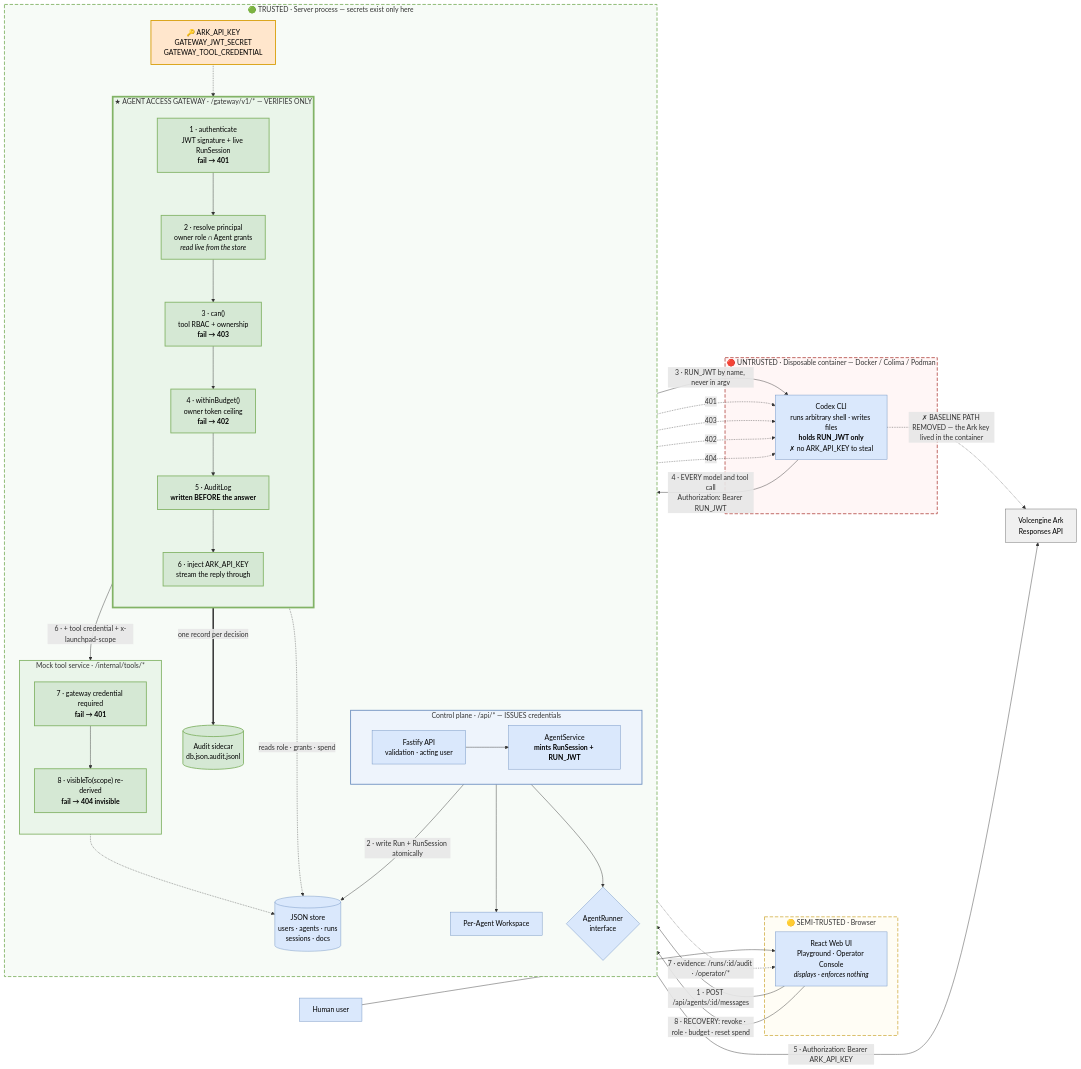
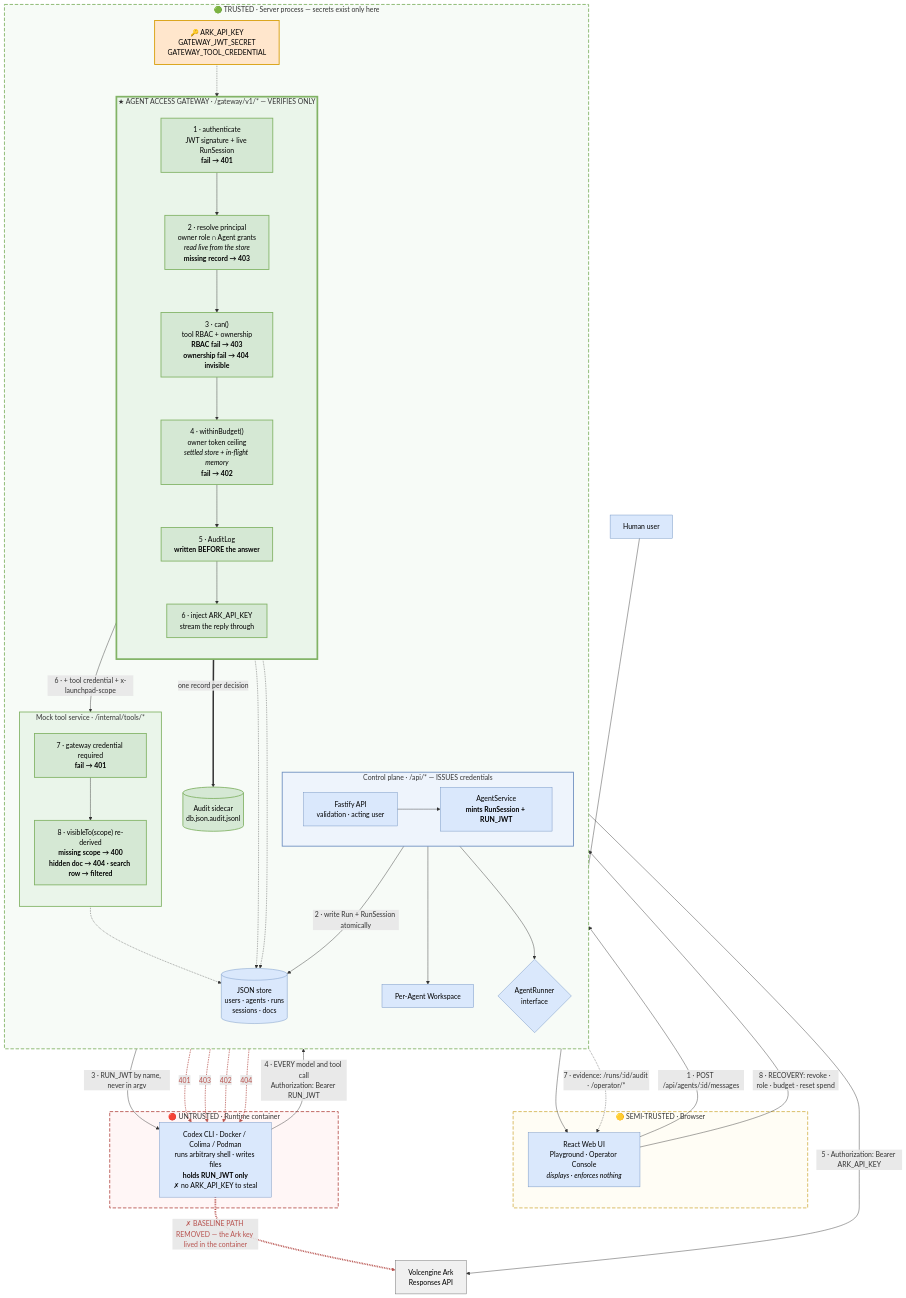
One commit to justinwong2/CodeJam changed the diagram in docs/ARCHITECTURE_DIAGRAM.md. Above: the diagram before and after it, drawn with Mermaid.

Commit message:
docs: fix architecture diagram rendering

````diff
--- a/docs/ARCHITECTURE_DIAGRAM.md
+++ b/docs/ARCHITECTURE_DIAGRAM.md
@@ -26,5 +26,5 @@
 ```mermaid
-flowchart LR
+flowchart TB
 
   HUMAN["Human user"]
 
@@ -45,9 +45,9 @@
     subgraph GWBOX["★ AGENT ACCESS GATEWAY · /gateway/v1/* — VERIFIES ONLY"]
       direction TB
       G1["1 · authenticate<br/>JWT signature + live RunSession<br/><b>fail → 401</b>"]
-      G2["2 · resolve principal<br/>owner role ∩ Agent grants<br/><i>read live from the store</i>"]
-      G3["3 · can()<br/>tool RBAC + ownership<br/><b>fail → 403</b>"]
-      G4["4 · withinBudget()<br/>owner token ceiling<br/><b>fail → 402</b>"]
+      G2["2 · resolve principal<br/>owner role ∩ Agent grants<br/><i>read live from the store</i><br/><b>missing record → 403</b>"]
+      G3["3 · can()<br/>tool RBAC + ownership<br/><b>RBAC fail → 403<br/>ownership fail → 404 invisible</b>"]
+      G4["4 · withinBudget()<br/>owner token ceiling<br/><i>settled store + in-flight memory</i><br/><b>fail → 402</b>"]
       G5["5 · AuditLog<br/><b>written BEFORE the answer</b>"]
       G6["6 · inject ARK_API_KEY<br/>stream the reply through"]
       G1 --> G2 --> G3 --> G4 --> G5 --> G6
@@ -56,7 +56,7 @@
     subgraph TOOLSVC["Mock tool service · /internal/tools/*"]
       direction TB
       T1["7 · gateway credential required<br/><b>fail → 401</b>"]
-      T2["8 · visibleTo(scope) re-derived<br/><b>fail → 404 invisible</b>"]
+      T2["8 · visibleTo(scope) re-derived<br/><b>missing scope → 400<br/>hidden doc → 404 · search row → filtered</b>"]
       T1 --> T2
     end
 
@@ -67,8 +67,8 @@
     VAULT["🔑 ARK_API_KEY<br/>GATEWAY_JWT_SECRET<br/>GATEWAY_TOOL_CREDENTIAL"]
   end
 
-  subgraph RUNTIME["🔴 UNTRUSTED · Disposable container — Docker / Colima / Podman"]
-    CODEX["Codex CLI<br/>runs arbitrary shell · writes files<br/><b>holds RUN_JWT only</b><br/>✗ no ARK_API_KEY to steal"]
+  subgraph RUNTIME["🔴 UNTRUSTED · Runtime container"]
+    CODEX["Codex CLI · Docker / Colima / Podman<br/>runs arbitrary shell · writes files<br/><b>holds RUN_JWT only</b><br/>✗ no ARK_API_KEY to steal"]
   end
 
   ARK["Volcengine Ark<br/>Responses API"]
@@ -80,7 +80,8 @@
   SVC --> RUNNER
   RUNNER -->|"3 · RUN_JWT by name, never in argv"| CODEX
   CODEX -->|"4 · EVERY model and tool call<br/>Authorization: Bearer RUN_JWT"| G1
-  G2 -.->|"reads role · grants · spend"| STORE
+  G2 -.-> STORE
+  G4 -.-> STORE
   G5 ==>|"one record per decision"| AUDIT
   VAULT -.-> G6
   G6 -->|"5 · Authorization: Bearer ARK_API_KEY"| ARK
@@ -112,4 +113,7 @@
   style GWBOX fill:#eaf5ea,stroke:#82b366,stroke-width:4px
   style TOOLSVC fill:#eaf5ea,stroke:#82b366,stroke-width:2px
   style CP fill:#eef4fc,stroke:#6c8ebf,stroke-width:2px
+
+  linkStyle 23,24,25,26 stroke:#b85450,stroke-width:2px,color:#b85450
+  linkStyle 27 stroke:#b85450,stroke-width:4px,color:#b85450
 ```
````
